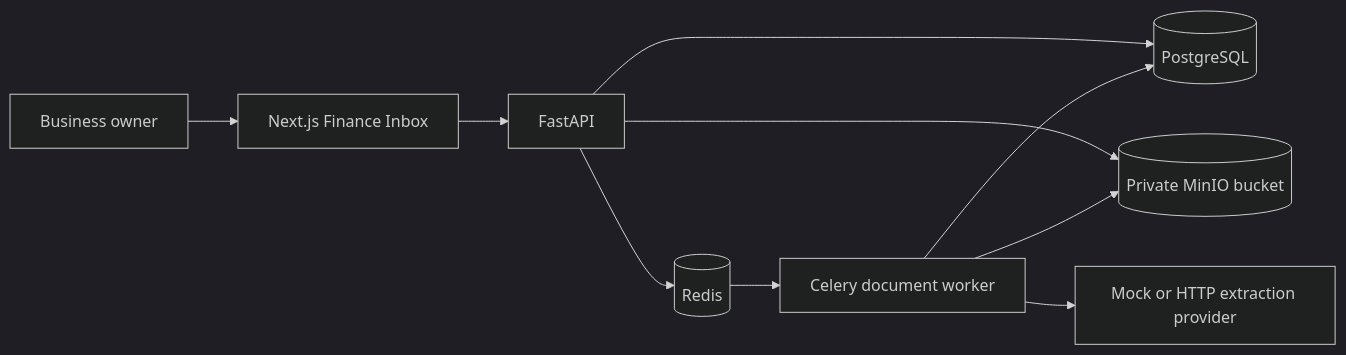
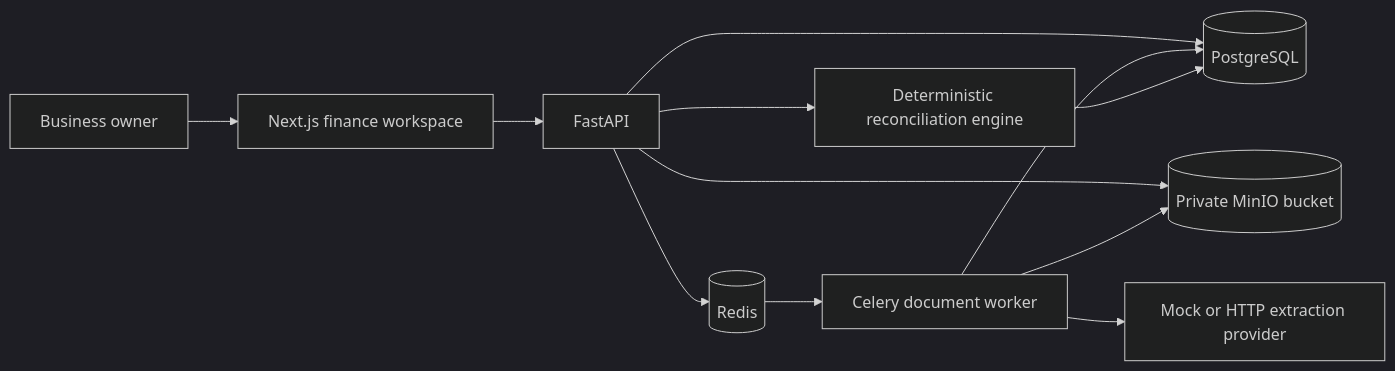
Before and after one commit to mdaninas/umkm-ledger-automation: the diagram in docs/architecture.md, drawn with Mermaid (dark theme). The commit also changed other lines of this file and 21 other files, not shown here.

````diff
--- a/docs/architecture.md
+++ b/docs/architecture.md
@@ -3,12 +3,14 @@
 ```mermaid
 flowchart LR
-    Browser["Next.js Finance Inbox"] --> API["FastAPI"]
+    Browser["Next.js finance workspace"] --> API["FastAPI"]
     API --> DB[("PostgreSQL")]
     API --> Storage[("Private MinIO bucket")]
     API --> Queue[("Redis")]
     Queue --> Worker["Celery document worker"]
     Worker --> Storage
     Worker --> Provider["Mock or HTTP extraction provider"]
     Worker --> DB
+    API --> Match["Deterministic reconciliation engine"]
+    Match --> DB
     Owner["Business owner"] --> Browser
 ```
````
